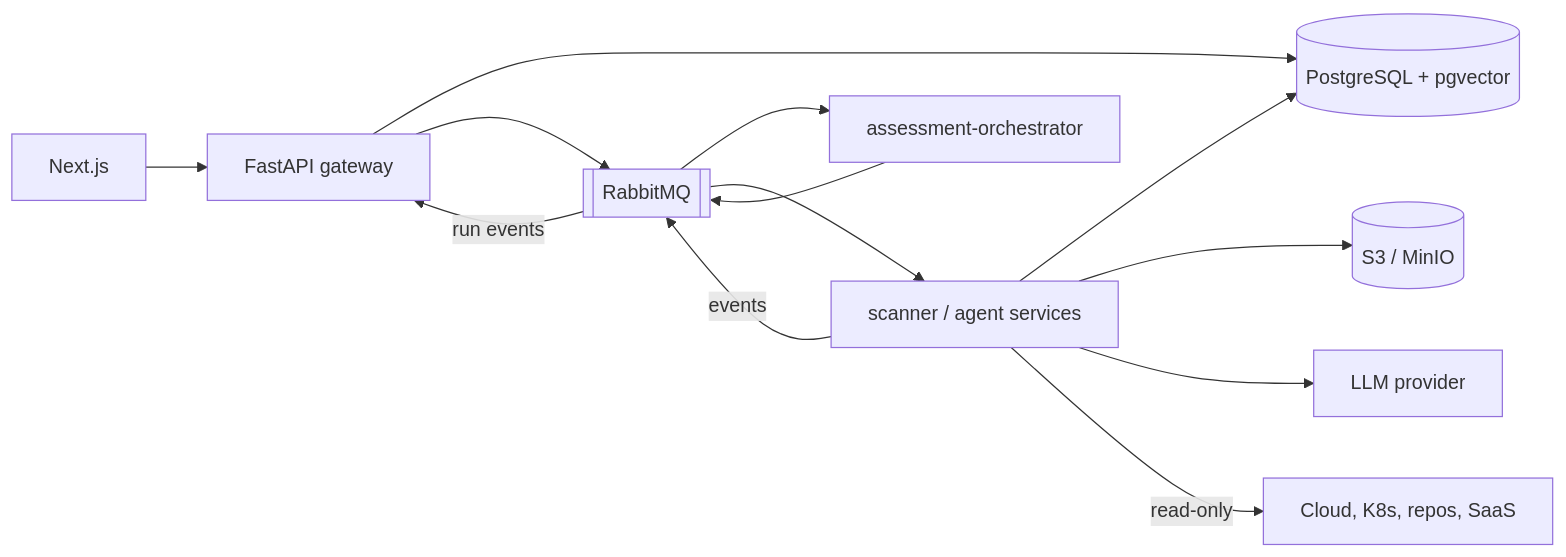
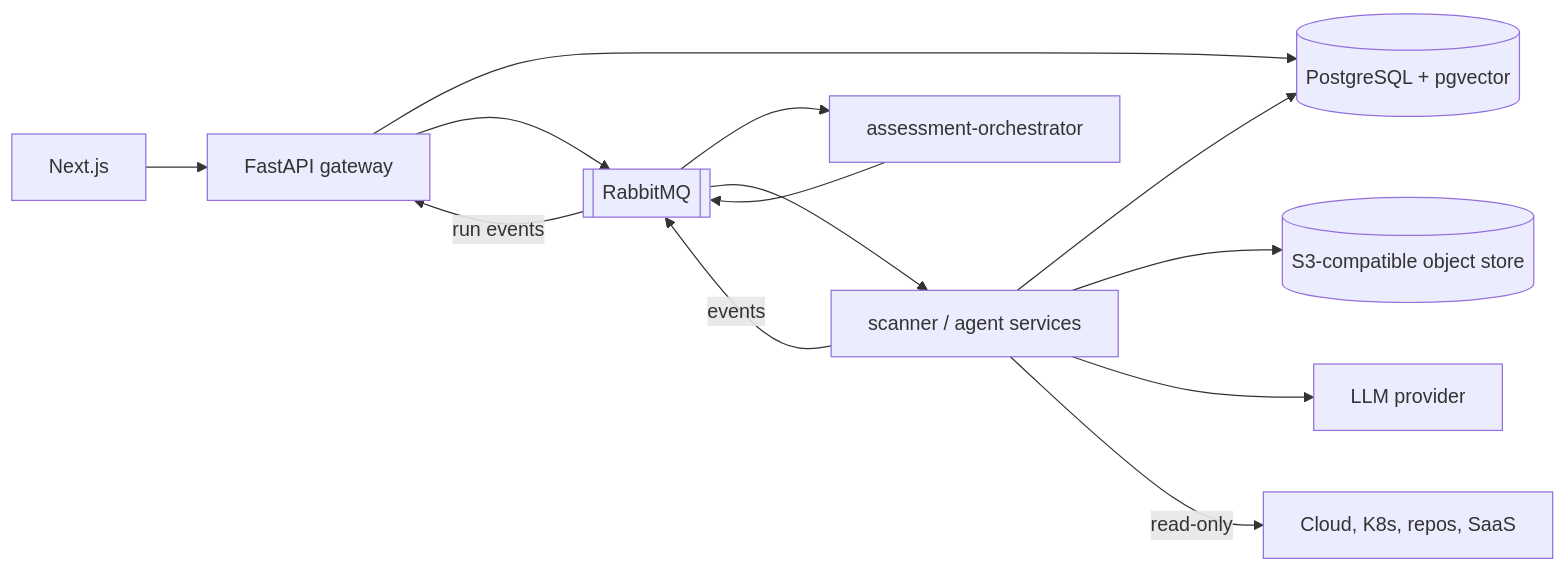
One commit to praveendhac/aucoff changed the diagram in specs/backend-spec.md. Above: the diagram before and after it, drawn with Mermaid. The commit also changed other lines of this file and 7 other files, not shown here.

````diff
--- a/specs/backend-spec.md
+++ b/specs/backend-spec.md
@@ -31,15 +31,15 @@
 ```mermaid
 flowchart LR
   UI[Next.js] --> API[FastAPI gateway]
   API --> DB[(PostgreSQL + pgvector)]
   API --> MQ[[RabbitMQ]]
   MQ --> ORCH[assessment-orchestrator]
   ORCH --> MQ
   MQ --> SC[scanner / agent services]
   SC --> DB
-  SC --> OBJ[(S3 / MinIO)]
+  SC --> OBJ[(S3-compatible object store)]
   SC --> LLM[LLM provider]
   SC -->|read-only| EXT[Cloud, K8s, repos, SaaS]
   SC -->|events| MQ
   MQ -->|run events| API
 ```
````
